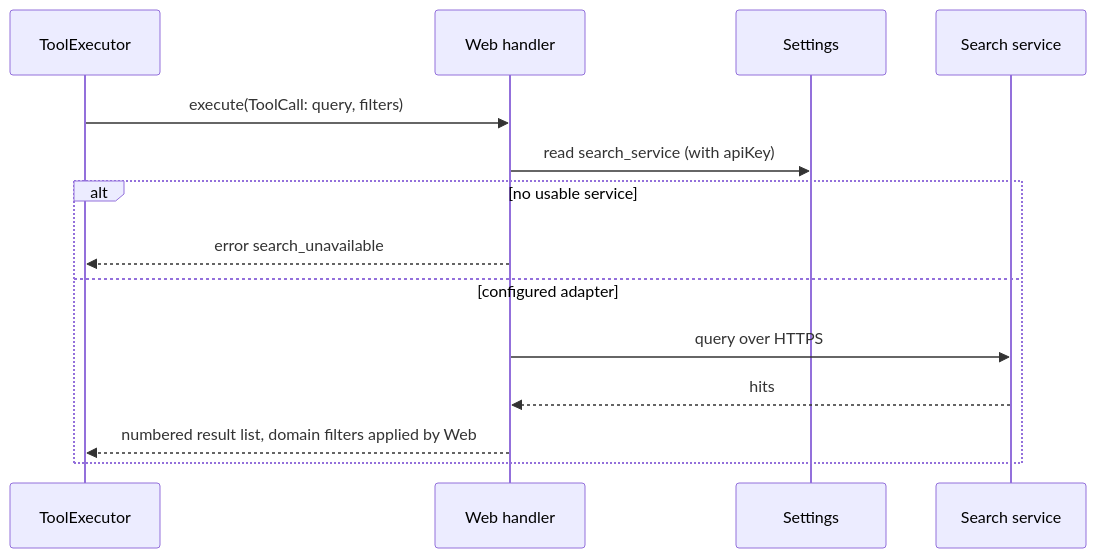
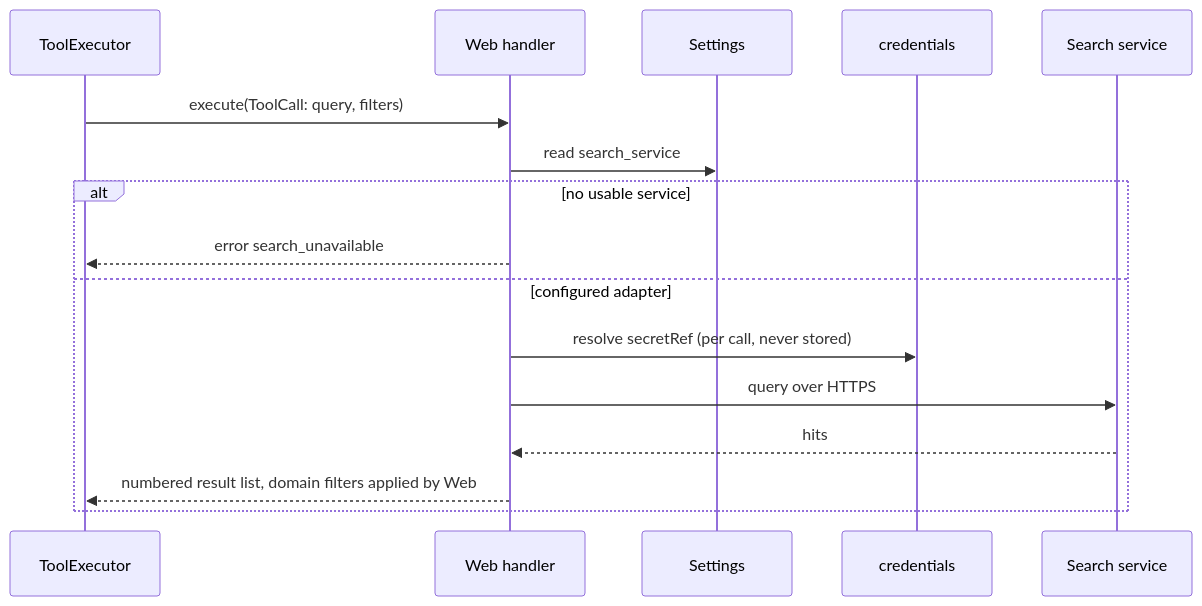
The fourth of 5 diagrams in docs/design/plugins/Web.md (CoutinhoTTS/dim-agent), drawn with Mermaid before and after one commit. The commit also changed other lines of this file and 1 other file, not shown here.

````diff
--- a/docs/design/plugins/Web.md
+++ b/docs/design/plugins/Web.md
@@ -93,16 +95,18 @@
 ```mermaid
 sequenceDiagram
   participant X as ToolExecutor
   participant W as Web handler
   participant S as Settings
+  participant C as credentials
   participant Q as Search service
   X->>W: execute(ToolCall: query, filters)
-  W->>S: read search_service (with apiKey)
+  W->>S: read search_service
   alt no usable service
     W-->>X: error search_unavailable
   else configured adapter
+    W->>C: resolve secretRef (per call, never stored)
     W->>Q: query over HTTPS
     Q-->>W: hits
     W-->>X: numbered result list, domain filters applied by Web
   end
 ```
````
